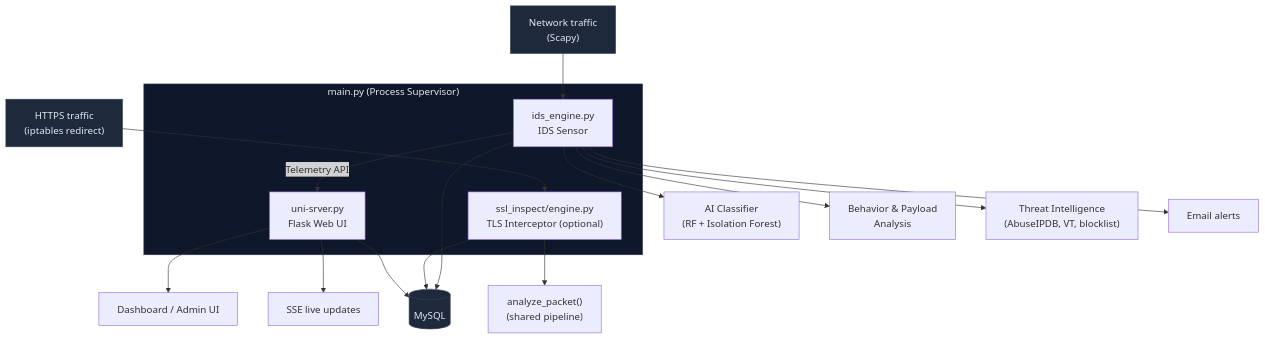
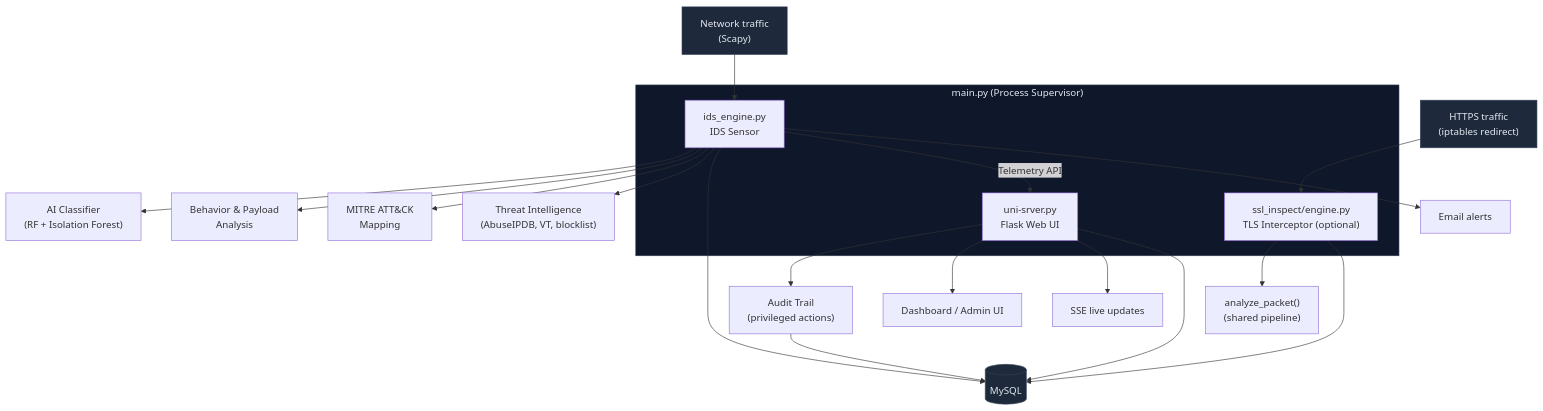
Before and after one commit to kamalx06/ids-bachelor-thesis: the diagram in README.md, drawn with Mermaid. The commit also changed other lines of this file and 3 other files, not shown here.

````diff
--- a/README.md
+++ b/README.md
@@ -53,27 +57,30 @@
 ```mermaid
 flowchart TB
     subgraph supervisor["main.py (Process Supervisor)"]
         WEB["uni-srver.py<br/>Flask Web UI"]
         IDS["ids_engine.py<br/>IDS Sensor"]
         SSL["ssl_inspect/engine.py<br/>TLS Interceptor (optional)"]
     end
 
     PCAP["Network traffic<br/>(Scapy)"] --> IDS
     HTTPS["HTTPS traffic<br/>(iptables redirect)"] --> SSL
     SSL --> ANALYZE["analyze_packet()<br/>(shared pipeline)"]
     IDS --> ML["AI Classifier<br/>(RF + Isolation Forest)"]
     IDS --> BEH["Behavior & Payload<br/>Analysis"]
+    IDS --> MITRE["MITRE ATT&CK<br/>Mapping"]
     IDS --> TI["Threat Intelligence<br/>(AbuseIPDB, VT, blocklist)"]
     IDS --> MYSQL[(MySQL)]
     SSL --> MYSQL
+    WEB --> AUDIT["Audit Trail<br/>(privileged actions)"]
+    AUDIT --> MYSQL
     IDS -->|"Telemetry API"| WEB
     WEB --> DASH["Dashboard / Admin UI"]
     WEB --> SSE["SSE live updates"]
     WEB --> MYSQL
     IDS --> ALERT["Email alerts"]
 
     style supervisor fill:#0f172a,stroke:#334155,color:#e2e8f0
     style PCAP fill:#1e293b,stroke:#334155,color:#e2e8f0
     style HTTPS fill:#1e293b,stroke:#334155,color:#e2e8f0
     style MYSQL fill:#1e293b,stroke:#334155,color:#e2e8f0
 ```
````
